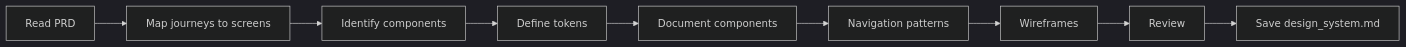
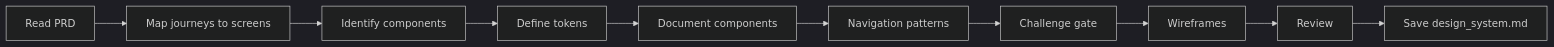
Before and after one commit to ai-driven-dev/framework: the diagram in skills/design-system/SKILL.md, drawn with Mermaid (dark theme). The commit also changed other lines of this file and 22 other files, not shown here.

````diff
--- a/skills/design-system/SKILL.md
+++ b/skills/design-system/SKILL.md
@@ -41,4 +42,4 @@
 ```mermaid
 flowchart LR
-    A[Read PRD] --> B[Map journeys to screens] --> C[Identify components] --> D[Define tokens] --> E[Document components] --> F[Navigation patterns] --> G[Wireframes] --> H[Review] --> I[Save design_system.md]
+    A[Read PRD] --> B[Map journeys to screens] --> C[Identify components] --> D[Define tokens] --> E[Document components] --> F[Navigation patterns] --> G[Challenge gate] --> H[Wireframes] --> I[Review] --> J[Save design_system.md]
 ```
````
